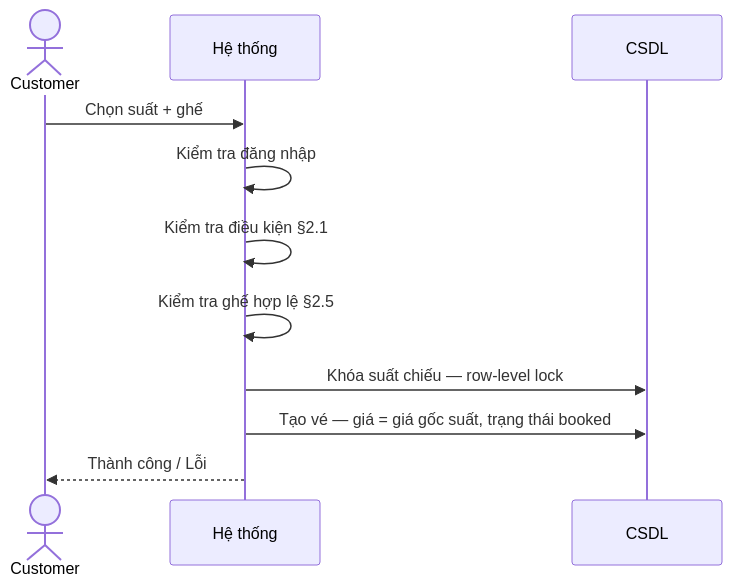
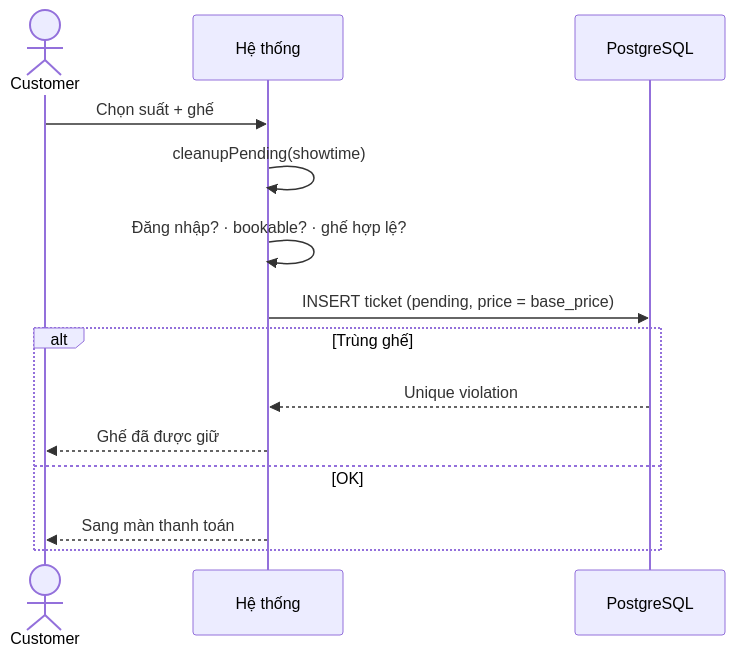
One commit to Hoangvu2911/SBU5_learnPython changed the fourth of 10 diagrams in myproject/SPEC.md. Above: the diagram before and after it, drawn with Mermaid. The commit also changed other lines of this file, not shown here.

````diff
--- a/myproject/SPEC.md
+++ b/myproject/SPEC.md
@@ -129,14 +312,17 @@
 ```mermaid
 sequenceDiagram
   actor C as Customer
   participant S as Hệ thống
-  participant DB as CSDL
+  participant DB as PostgreSQL
 
   C->>S: Chọn suất + ghế
-  S->>S: Kiểm tra đăng nhập
-  S->>S: Kiểm tra điều kiện §2.1
-  S->>S: Kiểm tra ghế hợp lệ §2.5
-  S->>DB: Khóa suất chiếu — row-level lock
-  S->>DB: Tạo vé — giá = giá gốc suất, trạng thái booked
-  S-->>C: Thành công / Lỗi
+  S->>S: cleanupPending(showtime)
+  S->>S: Đăng nhập? · bookable? · ghế hợp lệ?
+  S->>DB: INSERT ticket (pending, price = base_price)
+  alt Trùng ghế
+    DB-->>S: Unique violation
+    S-->>C: Ghế đã được giữ
+  else OK
+    S-->>C: Sang màn thanh toán
+  end
 ```
````
